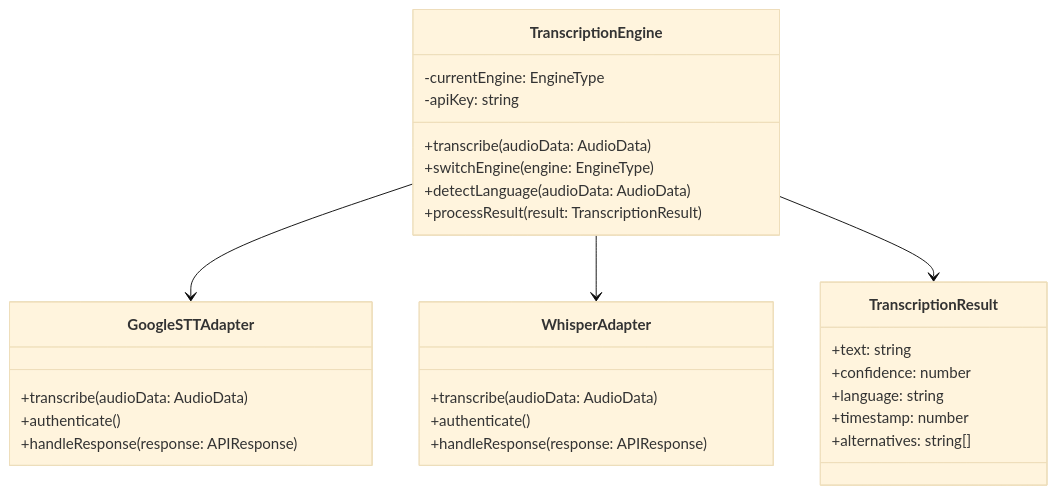
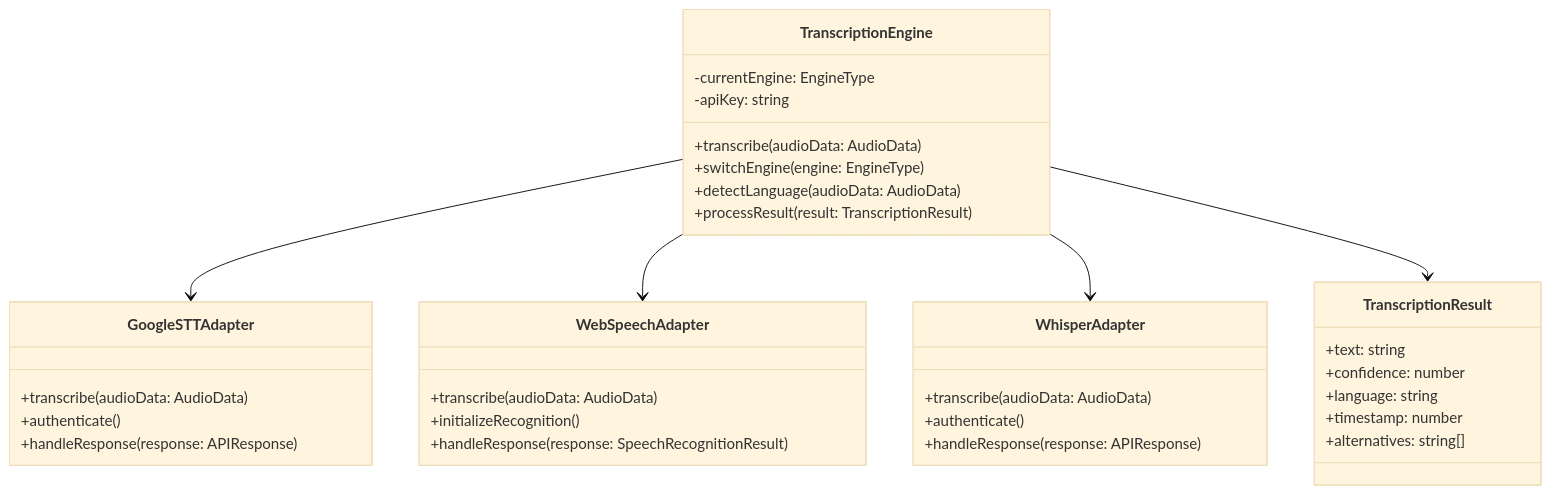
The eighth of 26 diagrams in docs/architecture.md (tatsuyamiyazaki/video-transcription-chrome-extension), drawn with Mermaid (base theme) before and after one commit. The commit also changed other lines of this file and 5 other files, not shown here.

Commit message:
Web Speech APIを追加したため、ドキュメントを更新

````diff
--- a/docs/architecture.md
+++ b/docs/architecture.md
@@ -262,35 +262,41 @@
 ```mermaid
 classDiagram
     class TranscriptionEngine {
         -currentEngine: EngineType
         -apiKey: string
         +transcribe(audioData: AudioData)
         +switchEngine(engine: EngineType)
         +detectLanguage(audioData: AudioData)
         +processResult(result: TranscriptionResult)
     }
-    
-    class GoogleSTTAdapter {
+      class GoogleSTTAdapter {
         +transcribe(audioData: AudioData)
         +authenticate()
         +handleResponse(response: APIResponse)
+    }
+    
+    class WebSpeechAdapter {
+        +transcribe(audioData: AudioData)
+        +initializeRecognition()
+        +handleResponse(response: SpeechRecognitionResult)
     }
     
     class WhisperAdapter {
         +transcribe(audioData: AudioData)
         +authenticate()
         +handleResponse(response: APIResponse)
     }
     
     class TranscriptionResult {
         +text: string
         +confidence: number
         +language: string
         +timestamp: number
         +alternatives: string[]
     }
     
     TranscriptionEngine --> GoogleSTTAdapter
+    TranscriptionEngine --> WebSpeechAdapter
     TranscriptionEngine --> WhisperAdapter
     TranscriptionEngine --> TranscriptionResult
 ```
````
